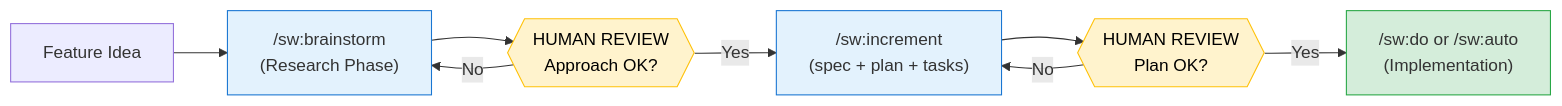
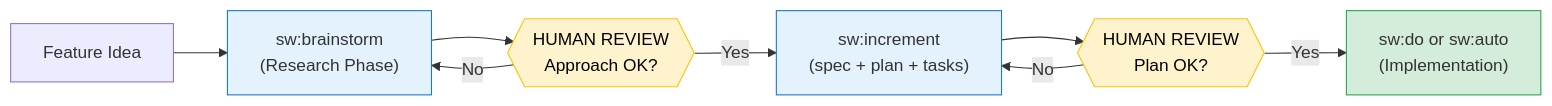
The second of 2 diagrams in docs-site/docs/overview/why-specweave.md (anton-abyzov/specweave), drawn with Mermaid before and after one commit. The commit also changed other lines of this file and 328 other files, not shown here.

````diff
--- a/docs-site/docs/overview/why-specweave.md
+++ b/docs-site/docs/overview/why-specweave.md
@@ -111,16 +111,16 @@
 ```mermaid
 graph LR
-    A[Feature Idea] --> B["/sw:brainstorm<br/>(Research Phase)"]
+    A[Feature Idea] --> B["sw:brainstorm<br/>(Research Phase)"]
     B --> C{{"HUMAN REVIEW<br/>Approach OK?"}}
-    C -->|Yes| D["/sw:increment<br/>(spec + plan + tasks)"]
+    C -->|Yes| D["sw:increment<br/>(spec + plan + tasks)"]
     D --> E{{"HUMAN REVIEW<br/>Plan OK?"}}
-    E -->|Yes| F["/sw:do or /sw:auto<br/>(Implementation)"]
+    E -->|Yes| F["sw:do or sw:auto<br/>(Implementation)"]
     E -->|No| D
     C -->|No| B
 
     style C fill:#fff3cd,stroke:#ffc107,color:#000
     style E fill:#fff3cd,stroke:#ffc107,color:#000
     style B fill:#e3f2fd,stroke:#1976d2
     style D fill:#e3f2fd,stroke:#1976d2
     style F fill:#d4edda,stroke:#28a745
 ```
````
